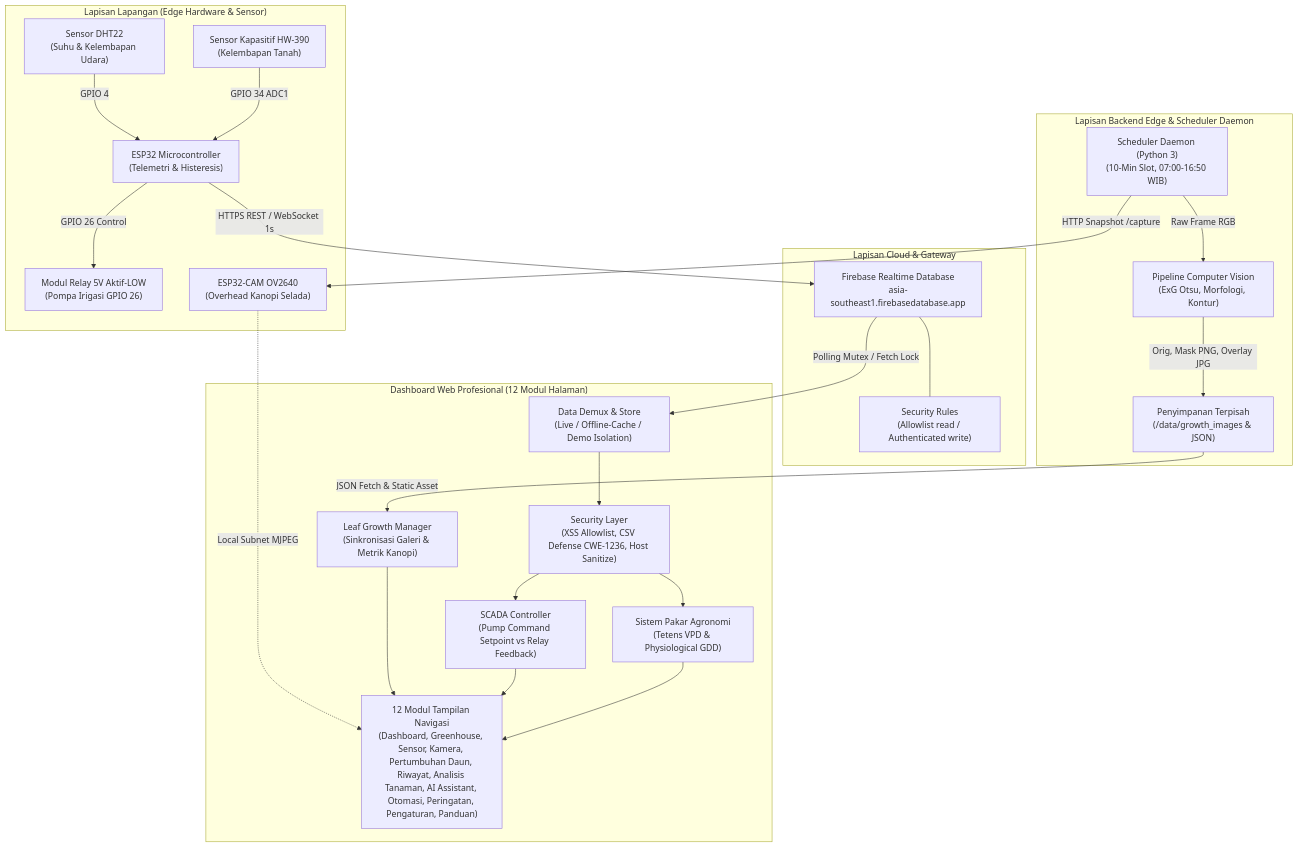
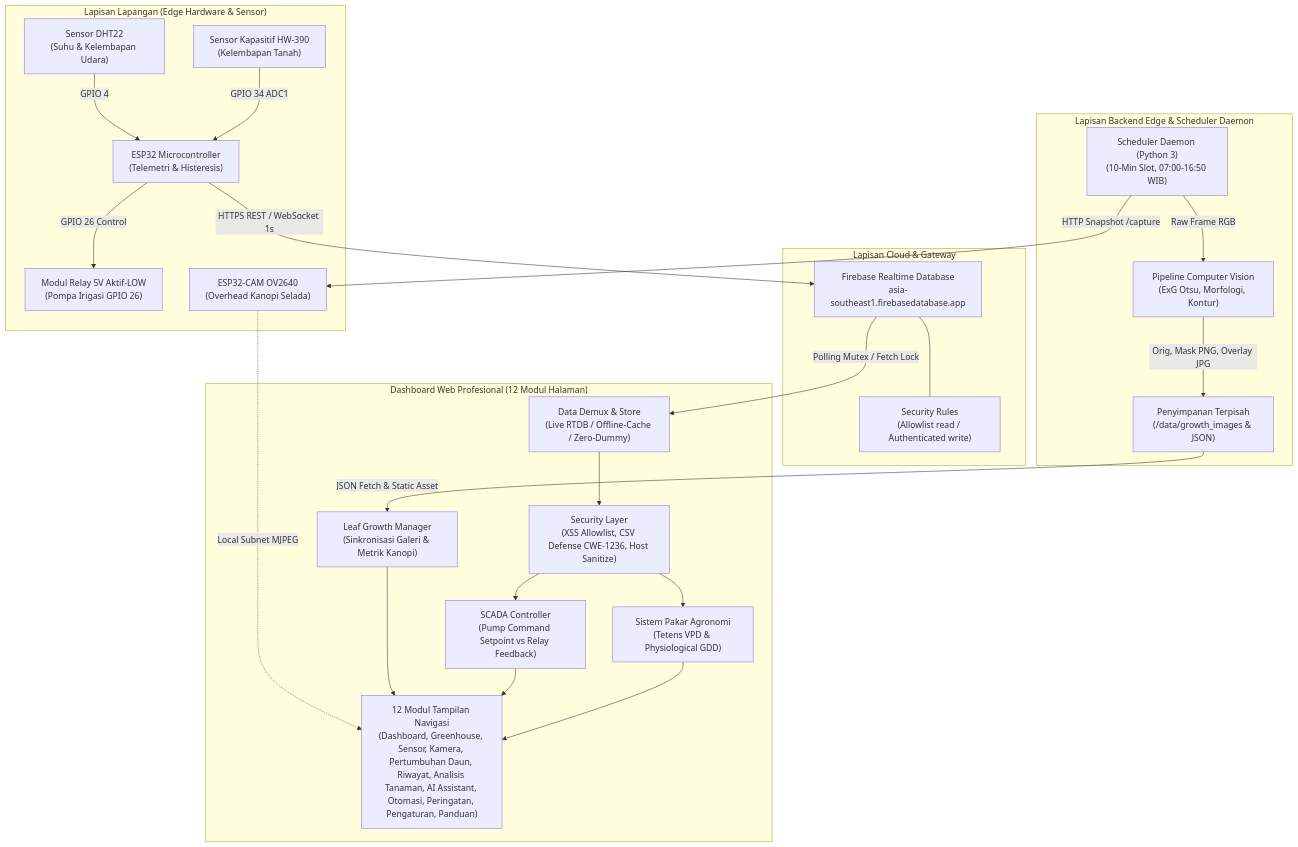
Before and after one commit to aether-asahina/selada-keriting-monitor: the diagram in README.md, drawn with Mermaid. The commit also changed other lines of this file and 10 other files, not shown here.

````diff
--- a/README.md
+++ b/README.md
@@ -9,51 +9,51 @@
 ```mermaid
 flowchart TD
     subgraph Edge_Hardware ["Lapisan Lapangan (Edge Hardware & Sensor)"]
         ESP32["ESP32 Microcontroller<br/>(Telemetri & Histeresis)"]
         DHT22["Sensor DHT22<br/>(Suhu & Kelembapan Udara)"]
         SOIL["Sensor Kapasitif HW-390<br/>(Kelembapan Tanah)"]
         RELAY["Modul Relay 5V Aktif-LOW<br/>(Pompa Irigasi GPIO 26)"]
         CAM["ESP32-CAM OV2640<br/>(Overhead Kanopi Selada)"]
         
         DHT22 -->|GPIO 4| ESP32
         SOIL -->|GPIO 34 ADC1| ESP32
         ESP32 -->|GPIO 26 Control| RELAY
     end
 
     subgraph Edge_Backend ["Lapisan Backend Edge & Scheduler Daemon"]
         SCHED["Scheduler Daemon (Python 3)<br/>(10-Min Slot, 07:00-16:50 WIB)"]
         CV["Pipeline Computer Vision<br/>(ExG Otsu, Morfologi, Kontur)"]
         STORE["Penyimpanan Terpisah<br/>(/data/growth_images & JSON)"]
         
         SCHED -->|HTTP Snapshot /capture| CAM
         SCHED -->|Raw Frame RGB| CV
         CV -->|Orig, Mask PNG, Overlay JPG| STORE
     end
 
     subgraph Cloud_Infrastructure ["Lapisan Cloud & Gateway"]
         RTDB["Firebase Realtime Database<br/>asia-southeast1.firebasedatabase.app"]
         RULES["Security Rules<br/>(Allowlist read / Authenticated write)"]
         
         ESP32 -->|HTTPS REST / WebSocket 1s| RTDB
         RTDB --- RULES
     end
 
     subgraph Client_App ["Dashboard Web Profesional (12 Modul Halaman)"]
         SEC["Security Layer<br/>(XSS Allowlist, CSV Defense CWE-1236, Host Sanitize)"]
-        ROUTER["Data Demux & Store<br/>(Live / Offline-Cache / Demo Isolation)"]
+        ROUTER["Data Demux & Store<br/>(Live RTDB / Offline-Cache / Zero-Dummy)"]
         GROWTH["Leaf Growth Manager<br/>(Sinkronisasi Galeri & Metrik Kanopi)"]
         SCADA["SCADA Controller<br/>(Pump Command Setpoint vs Relay Feedback)"]
         DSS["Sistem Pakar Agronomi<br/>(Tetens VPD & Physiological GDD)"]
         UI["12 Modul Tampilan Navigasi<br/>(Dashboard, Greenhouse, Sensor, Kamera, Pertumbuhan Daun, Riwayat, Analisis Tanaman, AI Assistant, Otomasi, Peringatan, Pengaturan, Panduan)"]
         
         RTDB -->|Polling Mutex / Fetch Lock| ROUTER
         STORE -->|JSON Fetch & Static Asset| GROWTH
         CAM -.->|Local Subnet MJPEG| UI
         ROUTER --> SEC
         SEC --> SCADA
         SEC --> DSS
         GROWTH --> UI
         SCADA --> UI
         DSS --> UI
     end
 ```
````
